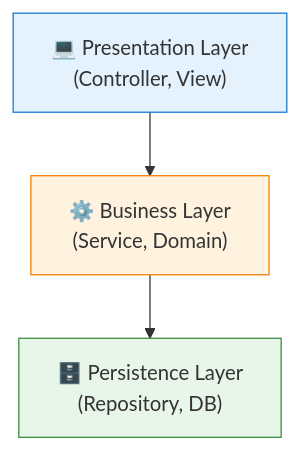
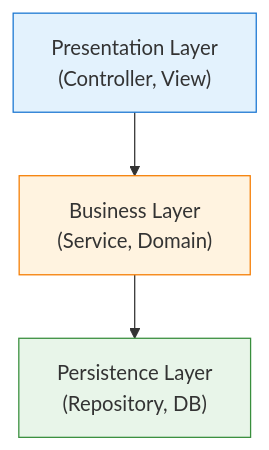
One commit to disj11/disj11.github.io changed the first of 6 diagrams in content/posts/ddd-hexagonal-architecture-guide.md. Above: the diagram before and after it, drawn with Mermaid. The commit also changed other lines of this file and 25 other files, not shown here.

````diff
--- a/content/posts/ddd-hexagonal-architecture-guide.md
+++ b/content/posts/ddd-hexagonal-architecture-guide.md
@@ -42,12 +42,12 @@
 ```mermaid
 flowchart TB
-    P["💻 Presentation Layer<br/>(Controller, View)"] 
-    B["⚙️ Business Layer<br/>(Service, Domain)"]
-    D["🗄️ Persistence Layer<br/>(Repository, DB)"]
+    P["Presentation Layer<br/>(Controller, View)"] 
+    B["Business Layer<br/>(Service, Domain)"]
+    D["Persistence Layer<br/>(Repository, DB)"]
     
     P --> B --> D
     
     style P fill:#e3f2fd,stroke:#1976d2
     style B fill:#fff3e0,stroke:#f57c00
     style D fill:#e8f5e9,stroke:#388e3c
 ```
````
